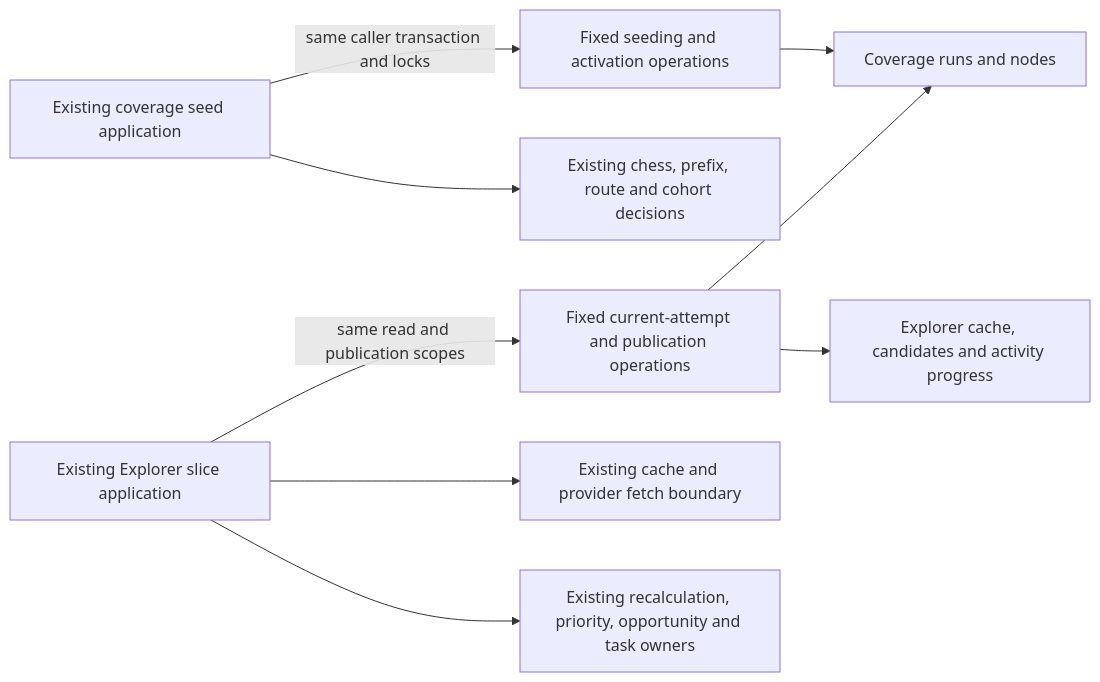
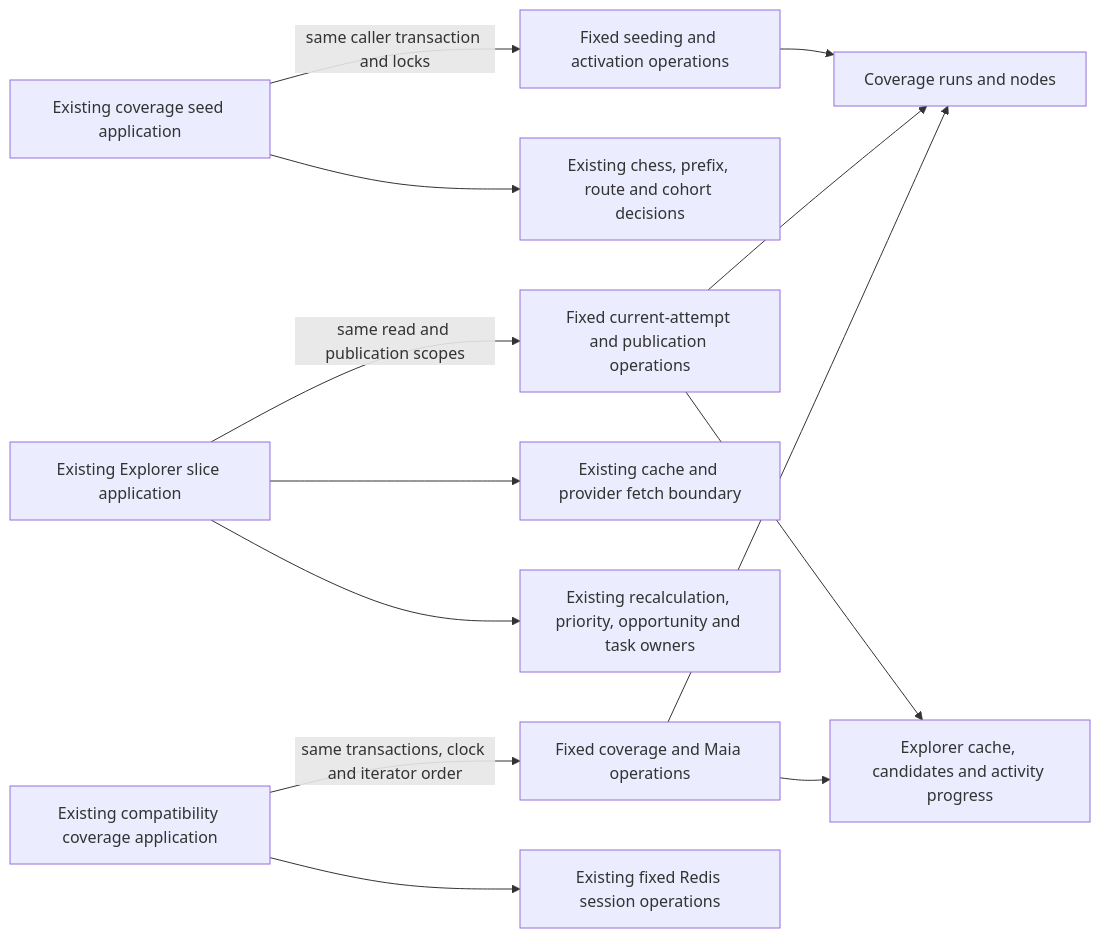
One commit to aaweaver-actuary/tempo changed the diagram in database/tempo_legacy_database/adapters/coverage/README.md. Above: the diagram before and after it, drawn with Mermaid. The commit also changed other lines of this file and 7 other files, not shown here.

Commit message:
Centralize repertoire coverage queries and Redis session storage

````diff
--- a/database/tempo_legacy_database/adapters/coverage/README.md
+++ b/database/tempo_legacy_database/adapters/coverage/README.md
@@ -10,11 +12,15 @@
 ```mermaid
 flowchart LR
   seedApp[Existing coverage seed application] -->|same caller transaction and locks| seedDB[Fixed seeding and activation operations]
   seedApp --> routes[Existing chess, prefix, route and cohort decisions]
   explorerApp[Existing Explorer slice application] -->|same read and publication scopes| explorerDB[Fixed current-attempt and publication operations]
   explorerApp --> provider[Existing cache and provider fetch boundary]
   explorerApp --> callbacks[Existing recalculation, priority, opportunity and task owners]
   seedDB --> coverage[Coverage runs and nodes]
   explorerDB --> coverage
   explorerDB --> cache[Explorer cache, candidates and activity progress]
+  compatibilityApp[Existing compatibility coverage application] -->|same transactions, clock and iterator order| compatibilityDB[Fixed coverage and Maia operations]
+  compatibilityDB --> coverage
+  compatibilityDB --> cache
+  compatibilityApp --> sessionDB[Existing fixed Redis session operations]
 ```
````
